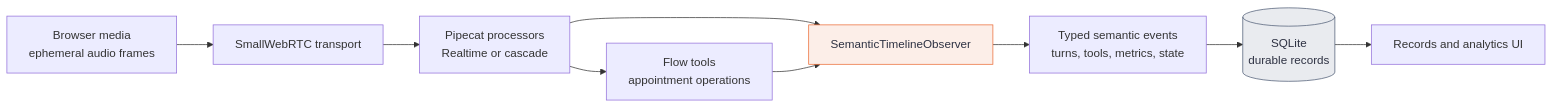
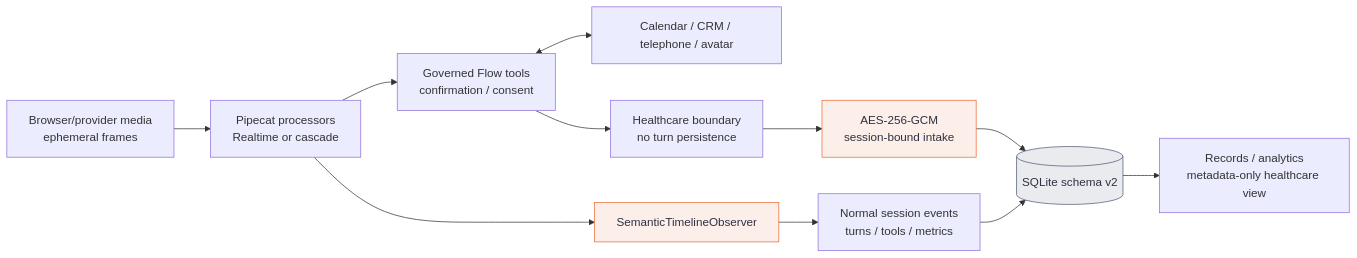
The diagram in docs/diagrams/semantic-data-flow.mmd (pypi-ahmad/pipecat-voice-studio), drawn with Mermaid before and after one commit. The commit also changed 54 other files, not shown here.

```diff
--- a/docs/diagrams/semantic-data-flow.mmd
+++ b/docs/diagrams/semantic-data-flow.mmd
@@ -1,23 +1,27 @@
 flowchart LR
-    media["Browser media<br/>ephemeral audio frames"]
-    transport["SmallWebRTC transport"]
+    media["Browser/provider media<br/>ephemeral frames"]
     pipeline["Pipecat processors<br/>Realtime or cascade"]
-    tools["Flow tools<br/>appointment operations"]
+    tools["Governed Flow tools<br/>confirmation / consent"]
+    providers["Calendar / CRM / telephone / avatar"]
     observer["SemanticTimelineObserver"]
-    events["Typed semantic events<br/>turns, tools, metrics, state"]
-    store[("SQLite<br/>durable records")]
-    records["Records and analytics UI"]
+    normal["Normal session events<br/>turns / tools / metrics"]
+    health["Healthcare boundary<br/>no turn persistence"]
+    cipher["AES-256-GCM<br/>session-bound intake"]
+    store[("SQLite schema v2")]
+    ui["Records / analytics<br/>metadata-only healthcare view"]
 
-    media --> transport
-    transport --> pipeline
+    media --> pipeline
     pipeline --> tools
+    tools <--> providers
     pipeline --> observer
-    tools --> observer
-    observer --> events
-    events --> store
-    store --> records
+    observer --> normal
+    normal --> store
+    tools --> health
+    health --> cipher
+    cipher --> store
+    store --> ui
 
     classDef focal fill:#fceee8,stroke:#eb6c36,color:#2d3142
-    classDef store fill:#e9ebef,stroke:#4f5d75,color:#2d3142
-    class observer focal
-    class store store
+    classDef storeStyle fill:#e9ebef,stroke:#4f5d75,color:#2d3142
+    class observer,cipher focal
+    class store storeStyle
```
